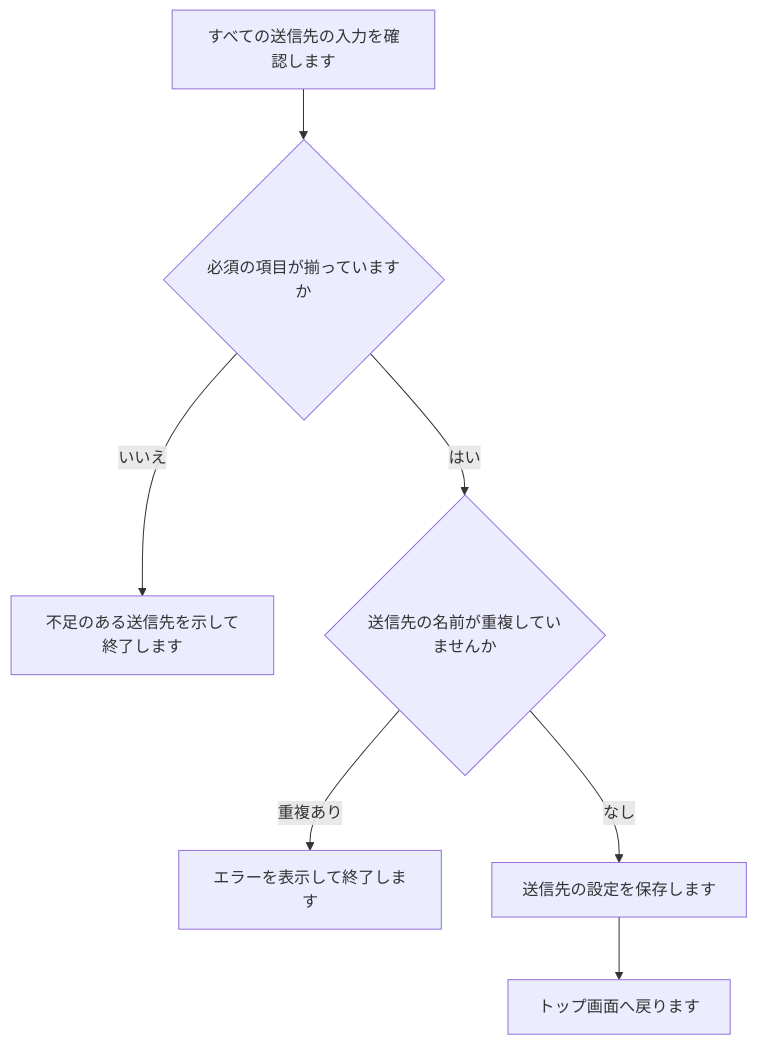
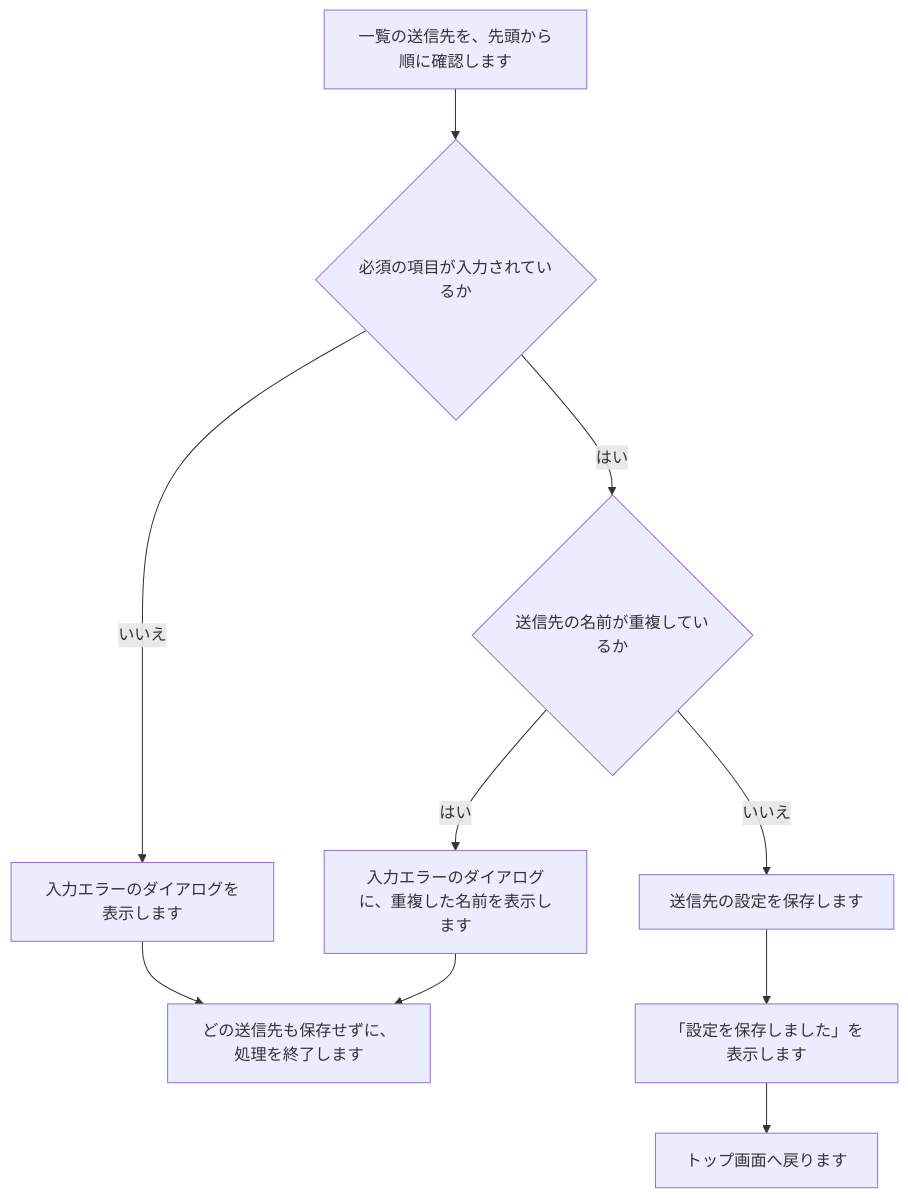
Before and after one commit to nishida2073/project_management: diagram 12 of 33 in tool/smstokintone/doc/02_設計/処理フロー.md, drawn with Mermaid. The commit also changed other lines of this file and 5 other files, not shown here.

````diff
--- a/tool/smstokintone/doc/02_設計/処理フロー.md
+++ b/tool/smstokintone/doc/02_設計/処理フロー.md
@@ -153,9 +213,10 @@
 ```mermaid
 flowchart TD
-  A[すべての送信先の入力を確認します] --> B{必須の項目が揃っていますか}
-  B -- いいえ --> C[不足のある送信先を示して終了します]
-  B -- はい --> D{送信先の名前が重複していませんか}
-  D -- 重複あり --> E[エラーを表示して終了します]
-  D -- なし --> F[送信先の設定を保存します]
-  F --> G[トップ画面へ戻ります]
+  A["一覧の送信先を、先頭から順に確認します"] --> B{"必須の項目が入力されているか"}
+  B -- はい --> E{"送信先の名前が重複しているか"}
+  B -- いいえ --> C["入力エラーのダイアログを表示します"] --> D["どの送信先も保存せずに、処理を終了します"]
+  E -- はい --> G["入力エラーのダイアログに、重複した名前を表示します"] --> D
+  E -- いいえ --> F["送信先の設定を保存します"]
+  F --> H["「設定を保存しました」を表示します"]
+  H --> I["トップ画面へ戻ります"]
 ```
````
